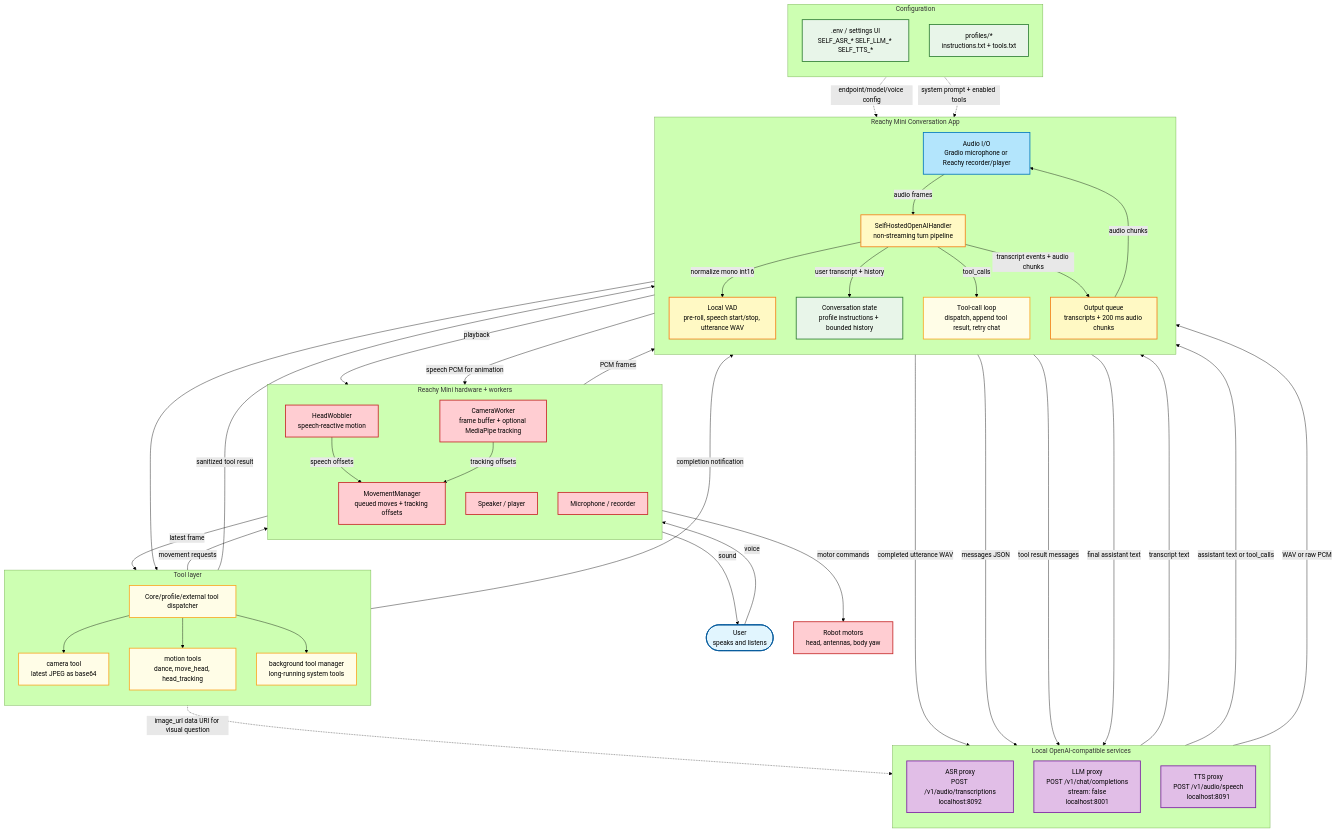
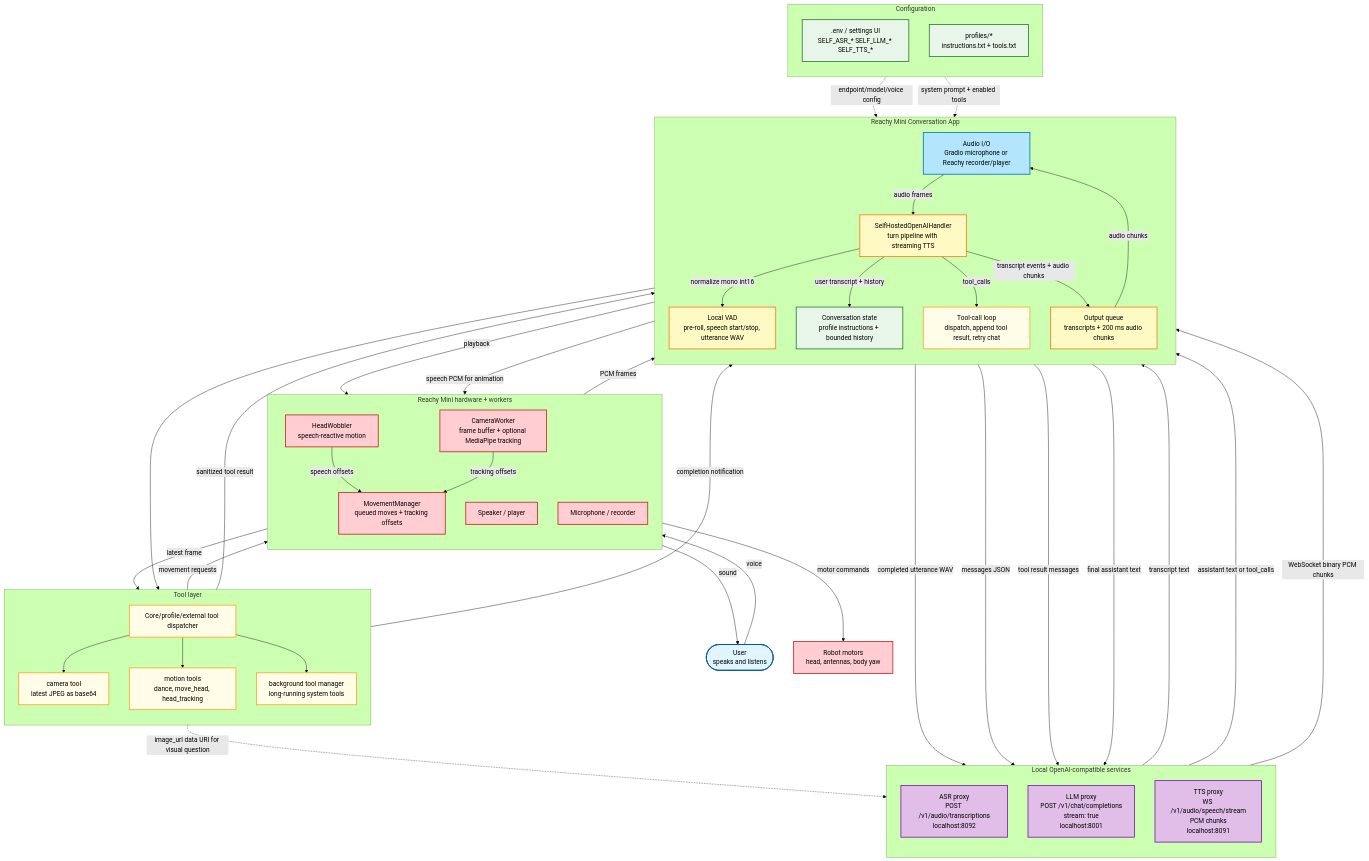
One commit to Xiuzhenpeng/reachy_mini_conversation_app changed the diagram in docs/scheme.mmd. Above: the diagram before and after it, drawn with Mermaid (forest theme). The commit also changed 7 other files, not shown here.

Commit message:
Change llm and tts to streaming

```diff
--- a/docs/scheme.mmd
+++ b/docs/scheme.mmd
@@ -1,96 +1,96 @@
 ---
 config:
   layout: dagre
   flowchart:
     htmlLabels: true
 ---
 flowchart TB
     User(["User<br/>speaks and listens"]):::userStyle
 
     subgraph Runtime["Reachy Mini Conversation App"]
         direction TB
 
         UI["Audio I/O<br/>Gradio microphone or Reachy recorder/player"]:::uiStyle
-        Handler["SelfHostedOpenAIHandler<br/>non-streaming turn pipeline"]:::coreStyle
+        Handler["SelfHostedOpenAIHandler<br/>turn pipeline with streaming TTS"]:::coreStyle
         VAD["Local VAD<br/>pre-roll, speech start/stop, utterance WAV"]:::coreStyle
         History["Conversation state<br/>profile instructions + bounded history"]:::dataStyle
         ToolLoop["Tool-call loop<br/>dispatch, append tool result, retry chat"]:::toolStyle
         OutputQueue["Output queue<br/>transcripts + 200 ms audio chunks"]:::coreStyle
     end
 
     subgraph LocalServices["Local OpenAI-compatible services"]
         direction TB
         ASR["ASR proxy<br/>POST /v1/audio/transcriptions<br/>localhost:8092"]:::serviceStyle
-        LLM["LLM proxy<br/>POST /v1/chat/completions<br/>stream: false<br/>localhost:8001"]:::serviceStyle
-        TTS["TTS proxy<br/>POST /v1/audio/speech<br/>localhost:8091"]:::serviceStyle
+        LLM["LLM proxy<br/>POST /v1/chat/completions<br/>stream: true<br/>localhost:8001"]:::serviceStyle
+        TTS["TTS proxy<br/>WS /v1/audio/speech/stream<br/>PCM chunks<br/>localhost:8091"]:::serviceStyle
     end
 
     subgraph Tools["Tool layer"]
         direction TB
         Dispatcher["Core/profile/external tool dispatcher"]:::toolStyle
         CameraTool["camera tool<br/>latest JPEG as base64"]:::toolStyle
         MotionTools["motion tools<br/>dance, move_head, head_tracking"]:::toolStyle
         BgTools["background tool manager<br/>long-running system tools"]:::toolStyle
     end
 
     subgraph Robot["Reachy Mini hardware + workers"]
         direction TB
         CameraWorker["CameraWorker<br/>frame buffer + optional MediaPipe tracking"]:::hardwareStyle
         Movement["MovementManager<br/>queued moves + tracking offsets"]:::hardwareStyle
         Wobbler["HeadWobbler<br/>speech-reactive motion"]:::hardwareStyle
         Speaker["Speaker / player"]:::hardwareStyle
         Microphone["Microphone / recorder"]:::hardwareStyle
     end
 
     subgraph Config["Configuration"]
         direction TB
         Env[".env / settings UI<br/>SELF_ASR_* SELF_LLM_* SELF_TTS_*"]:::dataStyle
         Profiles["profiles/*<br/>instructions.txt + tools.txt"]:::dataStyle
     end
 
     User -- voice --> Microphone
     Microphone -- PCM frames --> UI
     UI -- audio frames --> Handler
     Handler -- normalize mono int16 --> VAD
     VAD -- completed utterance WAV --> ASR
     ASR -- transcript text --> Handler
 
     Env -. endpoint/model/voice config .-> Handler
     Profiles -. system prompt + enabled tools .-> History
     Handler -- user transcript + history --> History
     History -- messages JSON --> LLM
     LLM -- assistant text or tool_calls --> Handler
 
     Handler -- tool_calls --> ToolLoop
     ToolLoop --> Dispatcher
     Dispatcher --> CameraTool
     Dispatcher --> MotionTools
     Dispatcher --> BgTools
 
     CameraWorker -- latest frame --> CameraTool
     CameraTool -- sanitized tool result --> ToolLoop
     CameraTool -. image_url data URI for visual question .-> LLM
 
     MotionTools -- movement requests --> Movement
     BgTools -- completion notification --> ToolLoop
     ToolLoop -- tool result messages --> LLM
 
     Handler -- final assistant text --> TTS
-    TTS -- WAV or raw PCM --> Handler
+    TTS -- WebSocket binary PCM chunks --> Handler
     Handler -- transcript events + audio chunks --> OutputQueue
     OutputQueue -- audio chunks --> UI
     UI -- playback --> Speaker
     Speaker -- sound --> User
 
     Handler -- speech PCM for animation --> Wobbler
     Wobbler -- speech offsets --> Movement
     CameraWorker -- tracking offsets --> Movement
     Movement -- motor commands --> RobotBody["Robot motors<br/>head, antennas, body yaw"]:::hardwareStyle
 
     classDef userStyle fill:#e1f5fe,stroke:#01579b,stroke-width:2px
     classDef uiStyle fill:#b3e5fc,stroke:#0277bd,stroke-width:2px
     classDef coreStyle fill:#fff9c4,stroke:#f57f17,stroke-width:2px
     classDef serviceStyle fill:#e1bee7,stroke:#7b1fa2,stroke-width:2px
     classDef toolStyle fill:#fffde7,stroke:#f9a825,stroke-width:2px
     classDef hardwareStyle fill:#ffcdd2,stroke:#c62828,stroke-width:2px
     classDef dataStyle fill:#e8f5e9,stroke:#2e7d32,stroke-width:2px
```
